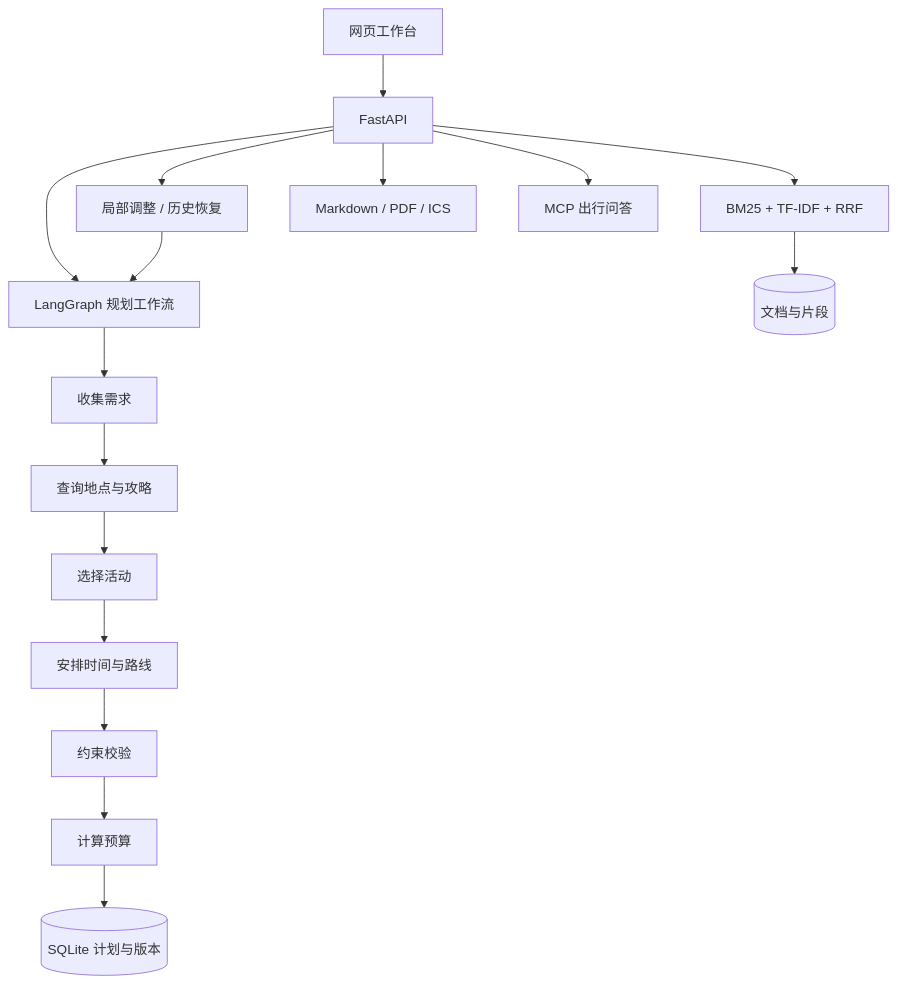
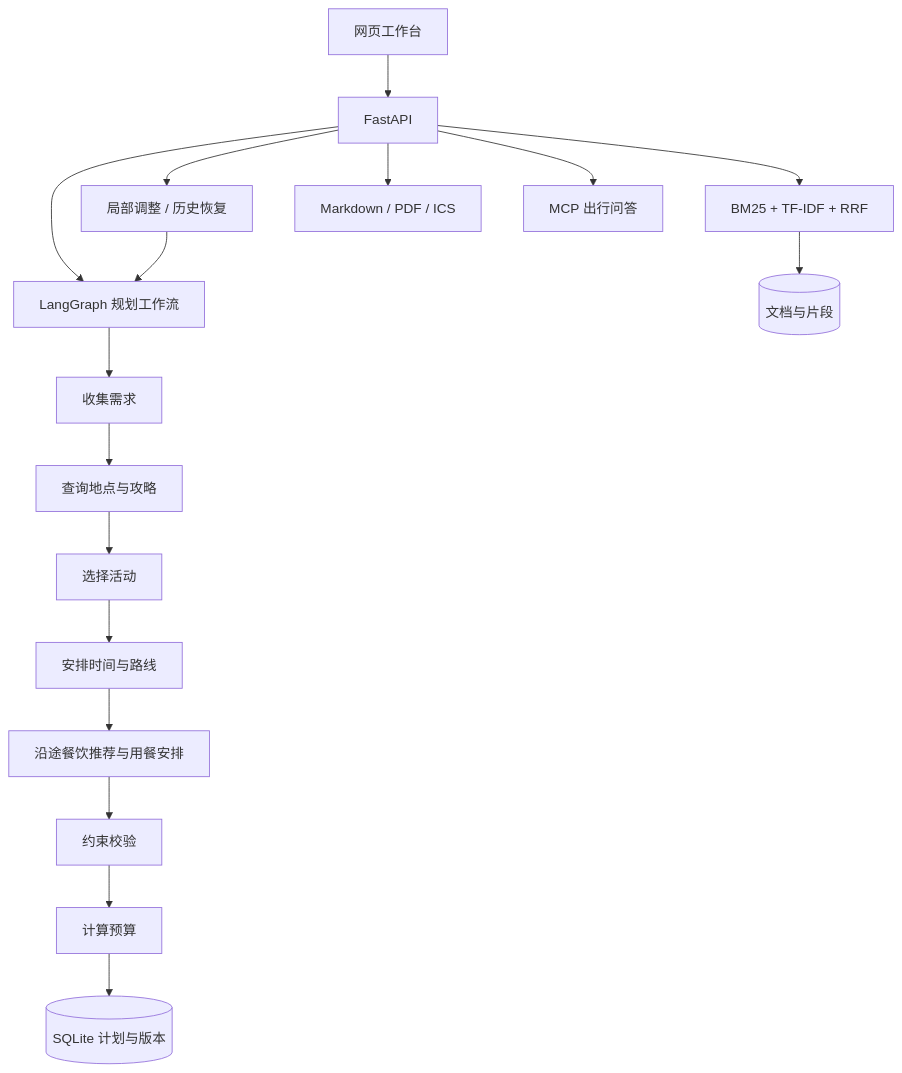
The diagram in README.md (xiongzihao22/Travel-Assistant), drawn with Mermaid before and after one commit. The commit also changed other lines of this file, not shown here.

Commit message:
Document dining recommendations and meal APIs

````diff
--- a/README.md
+++ b/README.md
@@ -29,18 +32,19 @@
 ```mermaid
 flowchart TD
     UI[网页工作台] --> API[FastAPI]
     API --> Graph[LangGraph 规划工作流]
     Graph --> Collect[收集需求]
     Collect --> Retrieve[查询地点与攻略]
     Retrieve --> Select[选择活动]
     Select --> Schedule[安排时间与路线]
-    Schedule --> Validate[约束校验]
+    Schedule --> Dining[沿途餐饮推荐与用餐安排]
+    Dining --> Validate[约束校验]
     Validate --> Budget[计算预算]
     Budget --> Store[(SQLite 计划与版本)]
     API --> Revise[局部调整 / 历史恢复]
     Revise --> Graph
     API --> RAG[BM25 + TF-IDF + RRF]
     RAG --> Docs[(文档与片段)]
     API --> Export[Markdown / PDF / ICS]
     API --> Chat[MCP 出行问答]
 ```
````
